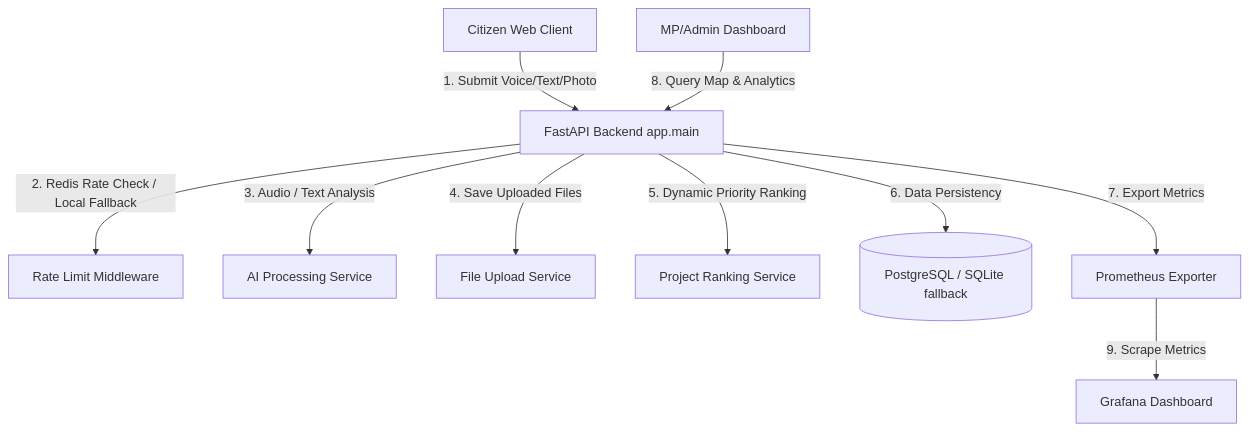
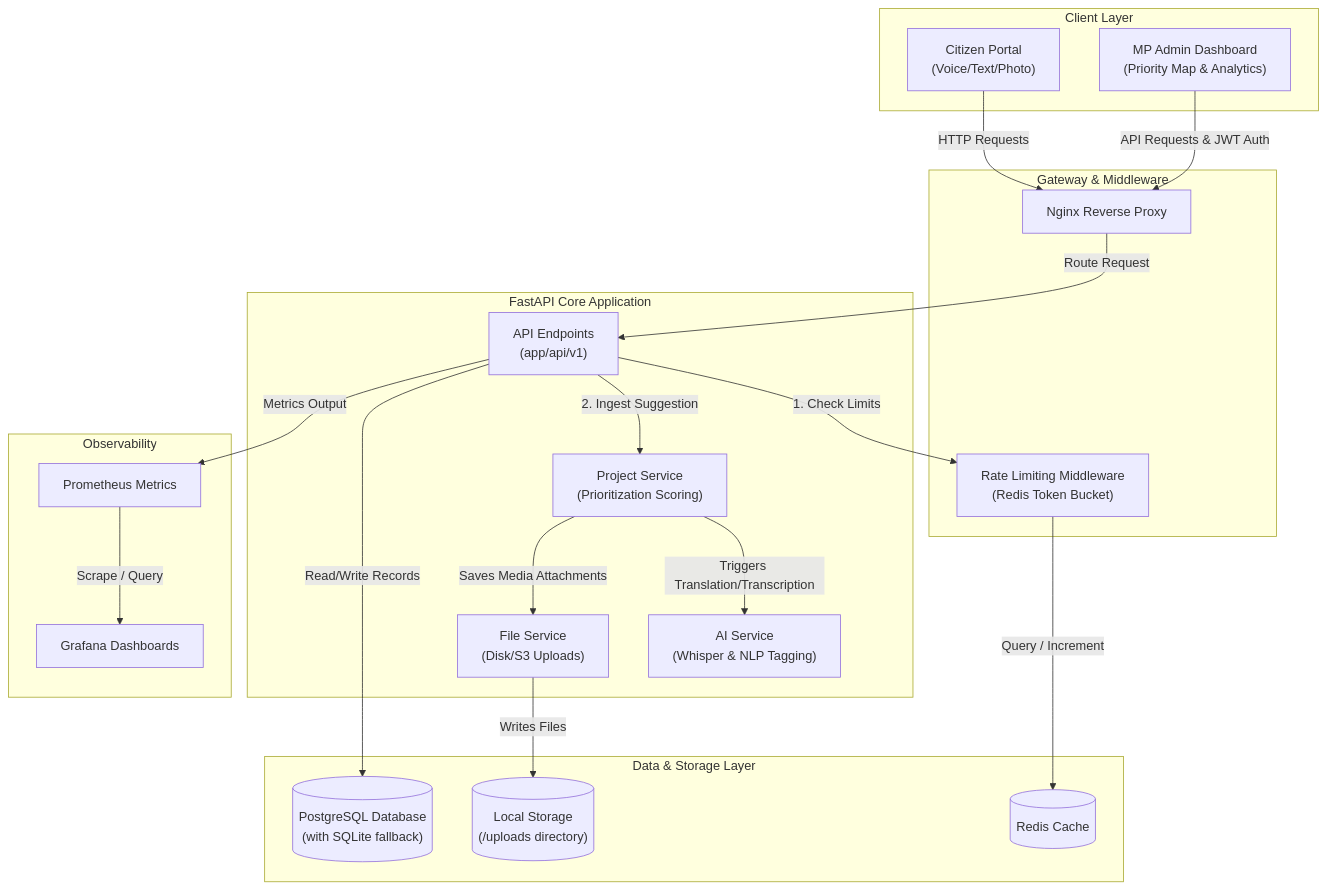
The diagram in README.md (Nandanhs006/Civic-Pulse), drawn with Mermaid before and after one commit.

Commit message:
Update System Architecture

````diff
--- a/README.md
+++ b/README.md
@@ -22,14 +22,48 @@
 ```mermaid
-graph TD
-    Citizen[Citizen Web Client] -->|1. Submit Voice/Text/Photo| FastAPI[FastAPI Backend app.main]
-    FastAPI -->|2. Redis Rate Check / Local Fallback| RateLimit[Rate Limit Middleware]
-    FastAPI -->|3. Audio / Text Analysis| AIService[AI Processing Service]
-    FastAPI -->|4. Save Uploaded Files| FileService[File Upload Service]
-    FastAPI -->|5. Dynamic Priority Ranking| ProjectService[Project Ranking Service]
+graph TB
+    subgraph Client Layer
+        Citizen["Citizen Portal <br/> (Voice/Text/Photo)"]
+        Admin["MP Admin Dashboard <br/> (Priority Map & Analytics)"]
+    end
+
+    subgraph Gateway & Middleware
+        Nginx["Nginx Reverse Proxy"]
+        Limiter["Rate Limiting Middleware <br/> (Redis Token Bucket)"]
+    end
+
+    subgraph FastAPI Core Application
+        API["API Endpoints <br/> (app/api/v1)"]
+        AIService["AI Service <br/> (Whisper & NLP Tagging)"]
+        FileService["File Service <br/> (Disk/S3 Uploads)"]
+        ProjService["Project Service <br/> (Prioritization Scoring)"]
+    end
+
+    subgraph Data & Storage Layer
+        DB[("PostgreSQL Database <br/> (with SQLite fallback)")]
+        Storage[("Local Storage <br/> (/uploads directory)")]
+        Cache[("Redis Cache")]
+    end
+
+    subgraph Observability
+        Prom["Prometheus Metrics"]
+        Grafana["Grafana Dashboards"]
+    end
+
+    %% Routing connections
+    Citizen -->|HTTP Requests| Nginx
+    Admin -->|API Requests & JWT Auth| Nginx
     
-    FastAPI -->|6. Data Persistency| DB[(PostgreSQL / SQLite fallback)]
-    FastAPI -->|7. Export Metrics| Prometheus[Prometheus Exporter]
+    Nginx -->|Route Request| API
+    API -->|1. Check Limits| Limiter
+    Limiter -->|Query / Increment| Cache
     
-    Admin[MP/Admin Dashboard] -->|8. Query Map & Analytics| FastAPI
-    Prometheus -->|9. Scrape Metrics| Grafana[Grafana Dashboard]
+    API -->|2. Ingest Suggestion| ProjService
+    ProjService -->|Triggers Translation/Transcription| AIService
+    ProjService -->|Saves Media Attachments| FileService
+    
+    FileService -->|Writes Files| Storage
+    API -->|Read/Write Records| DB
+    
+    API -->|Metrics Output| Prom
+    Prom -->|Scrape / Query| Grafana
 ```
````
